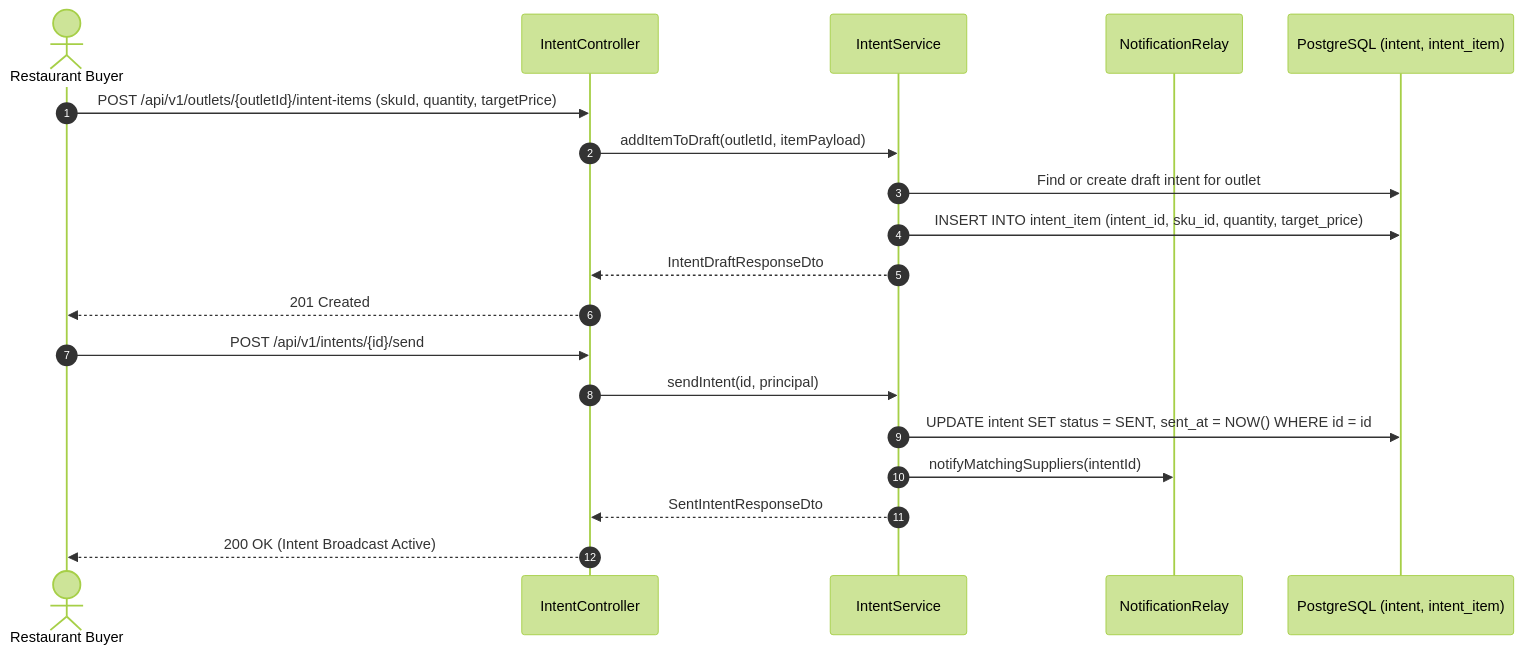
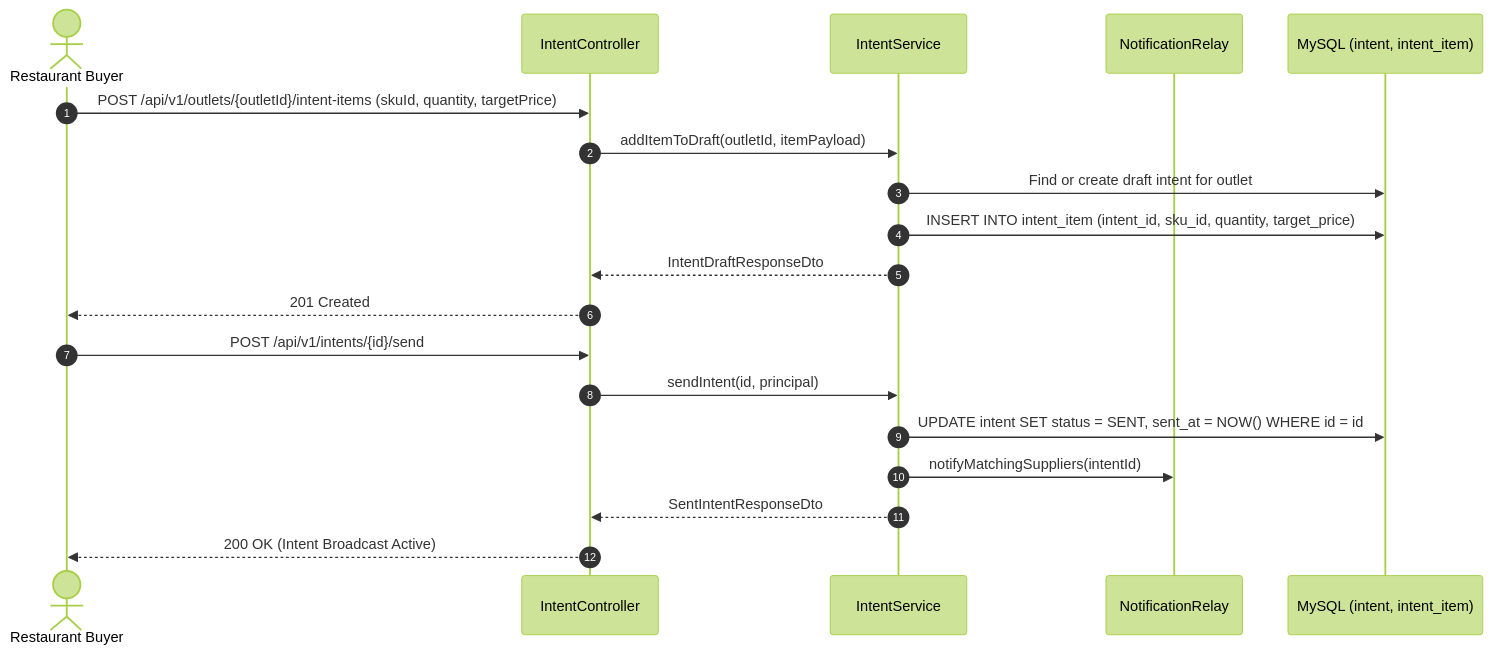
One commit to narasimha-reddy/costonomy-mp-api changed the first of 7 diagrams in docs/architecture/sequence-diagrams/03-intent-and-procurement.md. Above: the diagram before and after it, drawn with Mermaid (forest theme). The commit also changed other lines of this file and 19 other files, not shown here.

First line of the commit message:
docs(delivery): current state, diagrams, decisions D-204 to D-207, changelog and traceability

````diff
--- a/docs/architecture/sequence-diagrams/03-intent-and-procurement.md
+++ b/docs/architecture/sequence-diagrams/03-intent-and-procurement.md
@@ -10,23 +10,23 @@
 ```mermaid
 sequenceDiagram
     autonumber
     actor Restaurant as Restaurant Buyer
     participant IC as IntentController
     participant IS as IntentService
     participant NR as NotificationRelay
-    participant DB as PostgreSQL (intent, intent_item)
+    participant DB as MySQL (intent, intent_item)
 
     Restaurant->>IC: POST /api/v1/outlets/{outletId}/intent-items (skuId, quantity, targetPrice)
     IC->>IS: addItemToDraft(outletId, itemPayload)
     IS->>DB: Find or create draft intent for outlet
     IS->>DB: INSERT INTO intent_item (intent_id, sku_id, quantity, target_price)
     IS-->>IC: IntentDraftResponseDto
     IC-->>Restaurant: 201 Created
 
     Restaurant->>IC: POST /api/v1/intents/{id}/send
     IC->>IS: sendIntent(id, principal)
     IS->>DB: UPDATE intent SET status = SENT, sent_at = NOW() WHERE id = id
     IS->>NR: notifyMatchingSuppliers(intentId)
     IS-->>IC: SentIntentResponseDto
     IC-->>Restaurant: 200 OK (Intent Broadcast Active)
 ```
````
